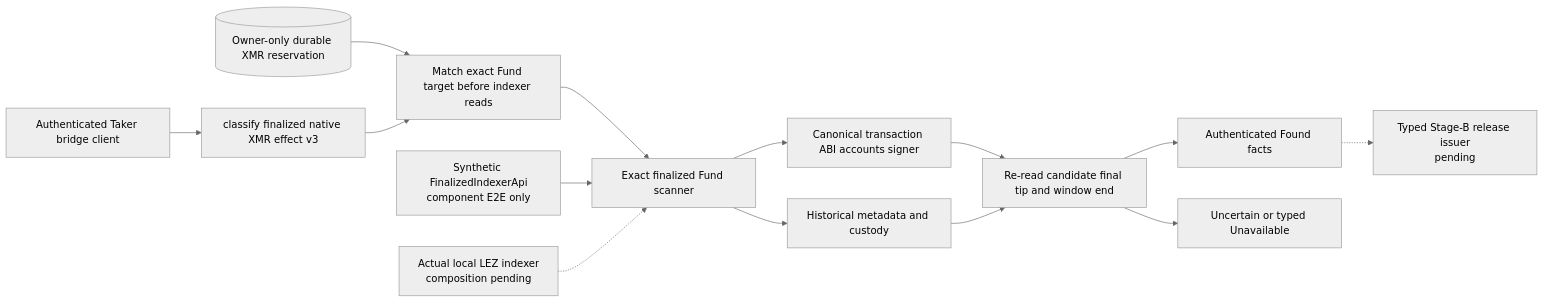
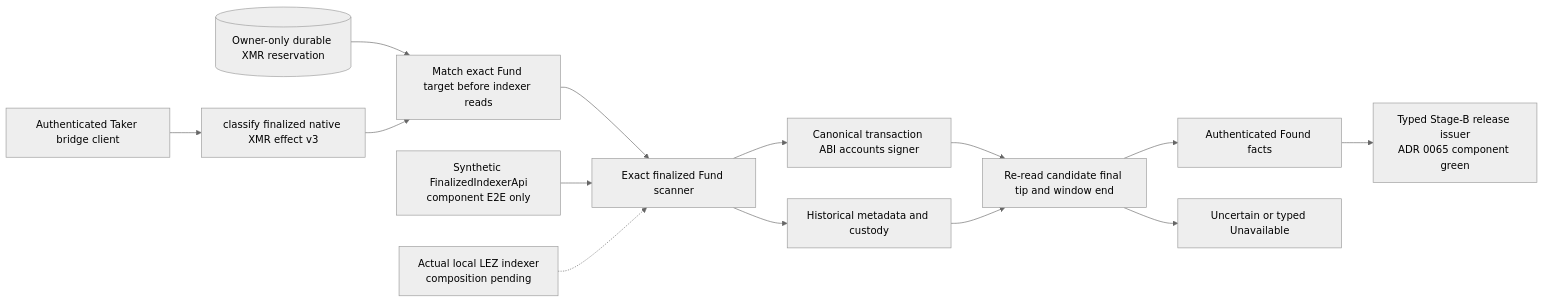
One commit to gateway-fm/lez-atomic-swaps changed the first of 2 diagrams in docs/architecture/0061-classify-only-the-durable-xmr-fund-target.md. Above: the diagram before and after it, drawn with Mermaid (neutral theme). The commit also changed other lines of this file and 21 other files, not shown here.

````diff
--- a/docs/architecture/0061-classify-only-the-durable-xmr-fund-target.md
+++ b/docs/architecture/0061-classify-only-the-durable-xmr-fund-target.md
@@ -53,16 +55,16 @@
 ```mermaid
 flowchart LR
     Client["Authenticated Taker bridge client"] --> Route["classify finalized native XMR effect v3"]
     Reservation[("Owner-only durable XMR reservation")] --> Ownership["Match exact Fund target before indexer reads"]
     Route --> Ownership
     Ownership --> Scanner["Exact finalized Fund scanner"]
     Synthetic["Synthetic FinalizedIndexerApi<br/>component E2E only"] --> Scanner
     LocalIndexer["Actual local LEZ indexer<br/>composition pending"] -.-> Scanner
     Scanner --> Canonical["Canonical transaction ABI accounts signer"]
     Scanner --> State["Historical metadata and custody"]
     Canonical --> Repin["Re-read candidate final tip and window end"]
     State --> Repin
     Repin --> Found["Authenticated Found facts"]
     Repin --> Nonaffirmative["Uncertain or typed Unavailable"]
-    Found -.-> Issuer["Typed Stage-B release issuer<br/>pending"]
+    Found --> Issuer["Typed Stage-B release issuer<br/>ADR 0065 component green"]
 ```
````
